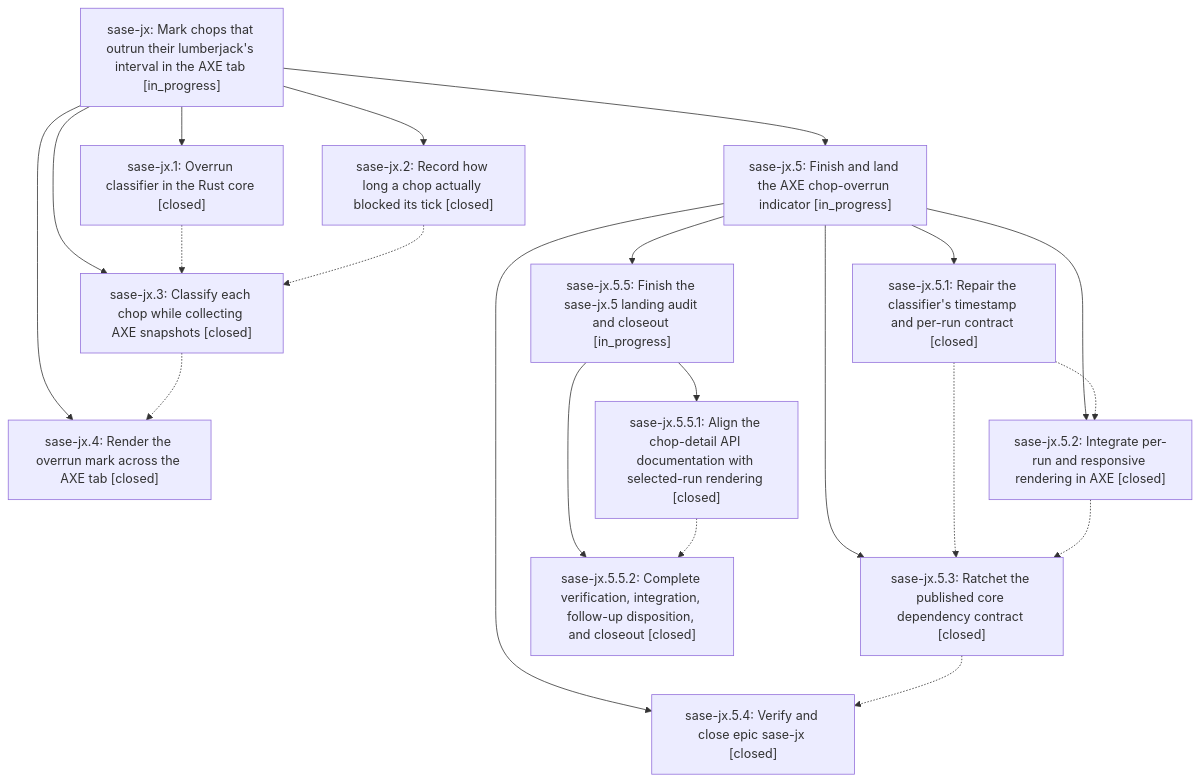
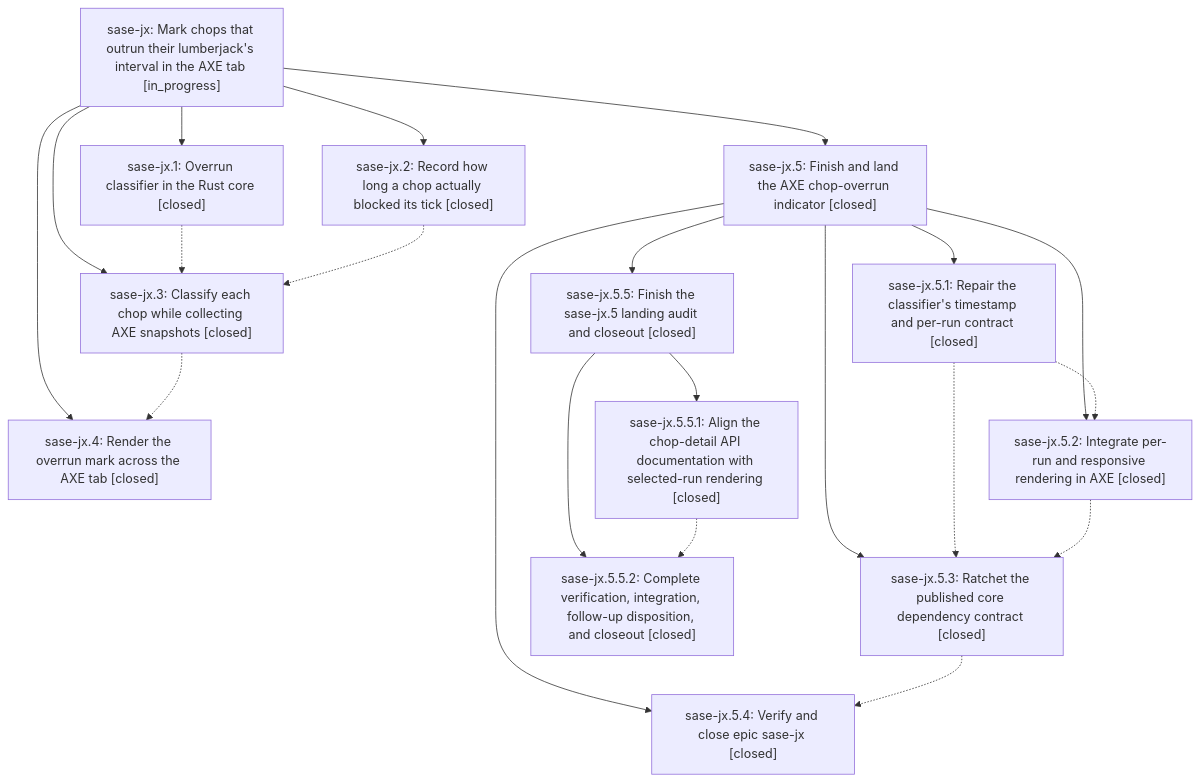
The diagram in pages/sase-jx/README.md (sase-org/sase--beads), drawn with Mermaid before and after one commit. The commit also changed other lines of this file and 2 other files, not shown here.

Commit message:
chore(beads): sync bead state and pages for sase-jx
SASE_TYPE=beads
SASE_AGENT=[bbugyi200.athena.sase-jx.5.5.land][1]

[1]: https://github.com/sase-org/sase--agents/blob/main/families/bbugyi200.athena.sase-jx.5.5.land.md

````diff
--- a/pages/sase-jx/README.md
+++ b/pages/sase-jx/README.md
@@ -25,36 +25,36 @@
 ```mermaid
 flowchart TD
     n0["sase-jx: Mark chops that outrun their lumberjack's interval in the AXE tab [in_progress]"]
     n1["sase-jx.1: Overrun classifier in the Rust core [closed]"]
     n2["sase-jx.2: Record how long a chop actually blocked its tick [closed]"]
     n3["sase-jx.3: Classify each chop while collecting AXE snapshots [closed]"]
     n4["sase-jx.4: Render the overrun mark across the AXE tab [closed]"]
-    n5["sase-jx.5: Finish and land the AXE chop-overrun indicator [in_progress]"]
+    n5["sase-jx.5: Finish and land the AXE chop-overrun indicator [closed]"]
     n6["sase-jx.5.1: Repair the classifier's timestamp and per-run contract [closed]"]
     n7["sase-jx.5.2: Integrate per-run and responsive rendering in AXE [closed]"]
     n8["sase-jx.5.3: Ratchet the published core dependency contract [closed]"]
     n9["sase-jx.5.4: Verify and close epic sase-jx [closed]"]
-    n10["sase-jx.5.5: Finish the sase-jx.5 landing audit and closeout [in_progress]"]
+    n10["sase-jx.5.5: Finish the sase-jx.5 landing audit and closeout [closed]"]
     n11["sase-jx.5.5.1: Align the chop-detail API documentation with selected-run rendering [closed]"]
     n12["sase-jx.5.5.2: Complete verification, integration, follow-up disposition, and closeout [closed]"]
     n0 --> n1
     n0 --> n2
     n0 --> n3
     n0 --> n4
     n0 --> n5
     n5 --> n6
     n5 --> n7
     n5 --> n8
     n5 --> n9
     n5 --> n10
     n10 --> n11
     n10 --> n12
     n1 -.-> n3
     n2 -.-> n3
     n3 -.-> n4
     n6 -.-> n7
     n6 -.-> n8
     n7 -.-> n8
     n8 -.-> n9
     n11 -.-> n12
 ```
````
